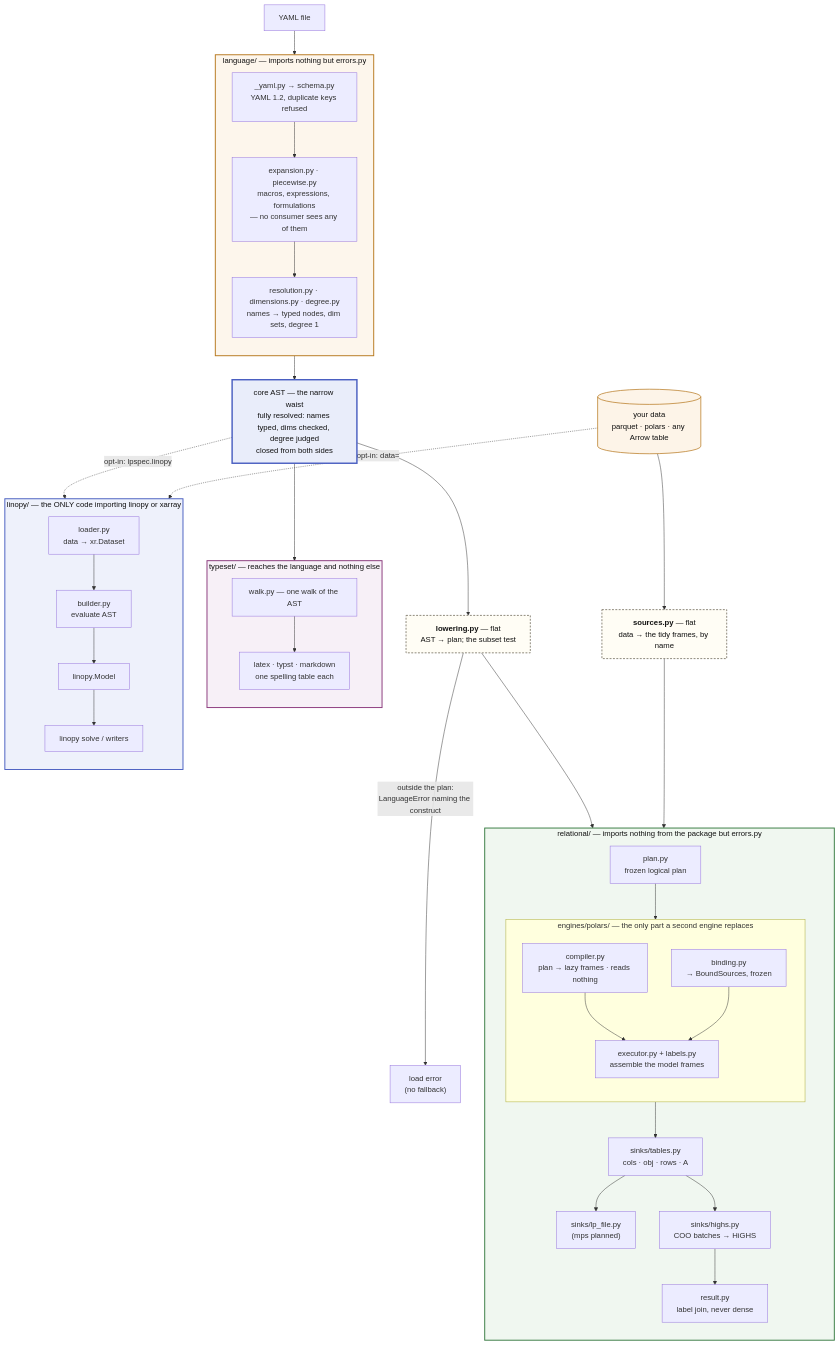
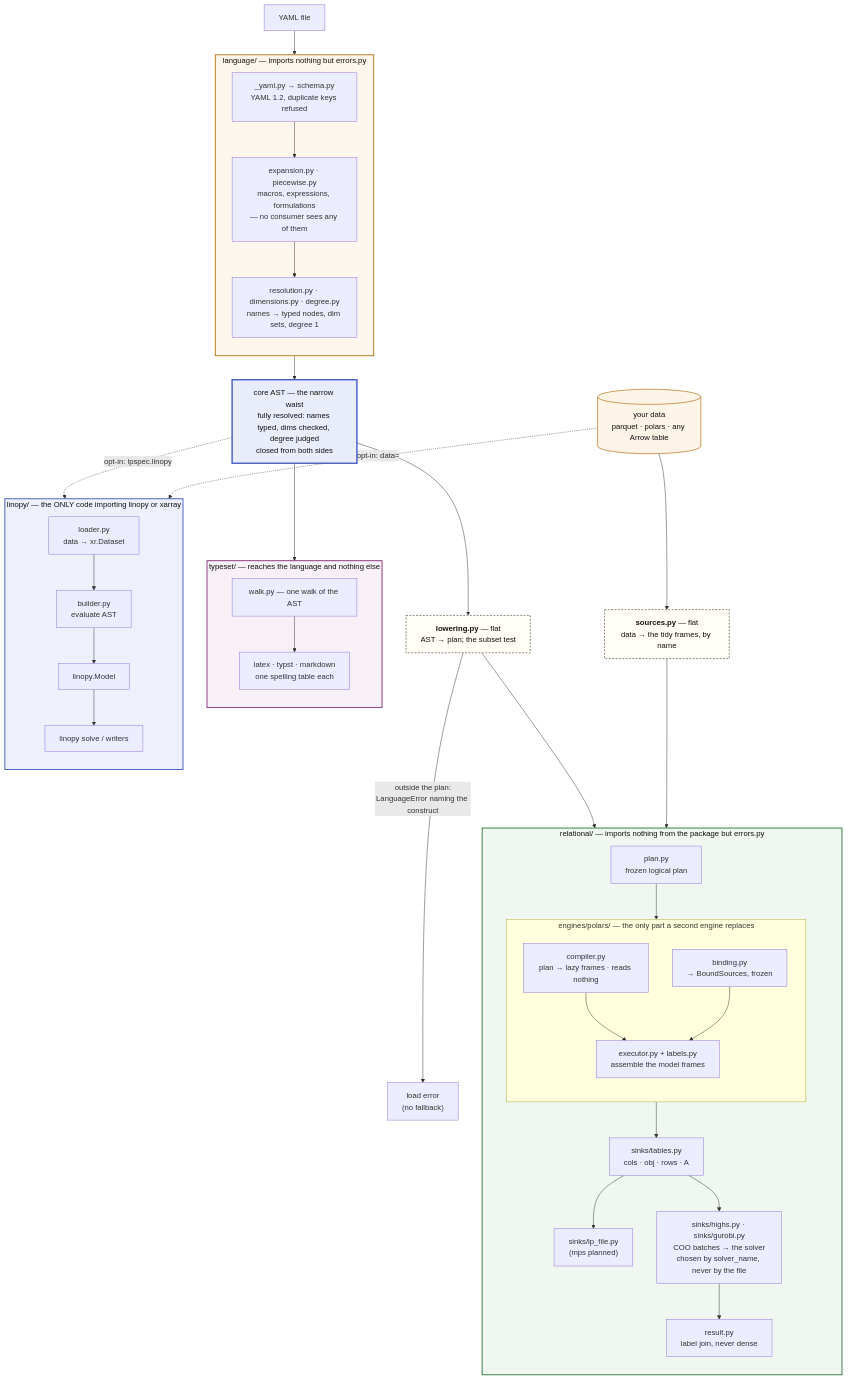
Before and after one commit to FBumann/farkas: the first of 2 diagrams in docs/ARCHITECTURE.md, drawn with Mermaid. The commit also changed other lines of this file and 16 other files, not shown here.

First line of the commit message:
feat(sinks): gurobi, and who gets to choose the solver

````diff
--- a/docs/ARCHITECTURE.md
+++ b/docs/ARCHITECTURE.md
@@ -47,67 +47,67 @@
 ```mermaid
 flowchart TB
     Y[YAML file] --> LANG
 
     subgraph LANG["language/ — imports nothing but errors.py"]
         direction TB
         SCHEMA["_yaml.py → schema.py<br/>YAML 1.2, duplicate keys refused"]
         SCHEMA --> EXPAND["expansion.py · piecewise.py<br/>macros, expressions, formulations<br/>— no consumer sees any of them"]
         EXPAND --> RESOLVE["resolution.py · dimensions.py · degree.py<br/>names → typed nodes, dim sets, degree 1"]
     end
 
     LANG --> AST["core AST — the narrow waist<br/>fully resolved: names typed, dims checked, degree judged<br/>closed from both sides"]
 
     AST --> LOWER
     AST --> WALK
     AST -.->|"opt-in: lpspec.linopy"| BUILD
 
     DATA[("your data<br/>parquet · polars · any Arrow table")] --> SRC
     DATA -.->|"opt-in: data="| LOAD
 
     LOWER["<b>lowering.py</b> — flat<br/>AST → plan; the subset test"]
     SRC["<b>sources.py</b> — flat<br/>data → the tidy frames, by name"]
 
     LOWER --> PLAN
     SRC --> BIND
     LOWER -->|"outside the plan:<br/>LanguageError naming the construct"| ERR["load error<br/>(no fallback)"]
 
     subgraph REL["relational/ — imports nothing from the package but errors.py"]
         direction TB
         PLAN["plan.py<br/>frozen logical plan"] --> ENG
         subgraph ENG["engines/polars/ — the only part a second engine replaces"]
             direction TB
             COMP["compiler.py<br/>plan → lazy frames · reads nothing"] --> EXEC
             BIND["binding.py<br/>→ BoundSources, frozen"] --> EXEC["executor.py + labels.py<br/>assemble the model frames"]
         end
         ENG --> TABLES["sinks/tables.py<br/>cols · obj · rows · A"]
         TABLES --> LPS["sinks/lp_file.py<br/>(mps planned)"]
-        TABLES --> DIRECT["sinks/highs.py<br/>COO batches → HiGHS"]
+        TABLES --> DIRECT["sinks/highs.py · sinks/gurobi.py<br/>COO batches → the solver<br/>chosen by solver_name, never by the file"]
         DIRECT --> SOL["result.py<br/>label join, never dense"]
     end
 
     subgraph TS["typeset/ — reaches the language and nothing else"]
         direction TB
         WALK["walk.py — one walk of the AST"] --> FMT["latex · typst · markdown<br/>one spelling table each"]
     end
 
     subgraph EAGER["linopy/ — the ONLY code importing linopy or xarray"]
         direction TB
         LOAD["loader.py<br/>data → xr.Dataset"] --> BUILD["builder.py<br/>evaluate AST"]
         BUILD --> MODEL[linopy.Model] --> SOLVE["linopy solve / writers"]
     end
 
     classDef laneL fill:#fdf6ec,stroke:#b7791f,stroke-width:2px,color:#111
     classDef laneR fill:#f0f7f0,stroke:#3a7d44,stroke-width:2px,color:#111
     classDef laneE fill:#eef1fb,stroke:#4a5fc1,stroke-width:2px,color:#111
     classDef laneT fill:#f7f0f7,stroke:#8b3a7d,stroke-width:2px,color:#111
     classDef waist fill:#e9edfa,stroke:#4a5fc1,stroke-width:3px,color:#111
     classDef flat fill:#fffdf5,stroke:#8a8578,stroke-width:2px,stroke-dasharray:4 3,color:#111
     classDef data fill:#fdf4e8,stroke:#b7791f,stroke-width:1.5px,color:#111
     class LANG laneL
     class REL laneR
     class EAGER laneE
     class TS laneT
     class AST waist
     class LOWER,SRC flat
     class DATA data
 ```
````
